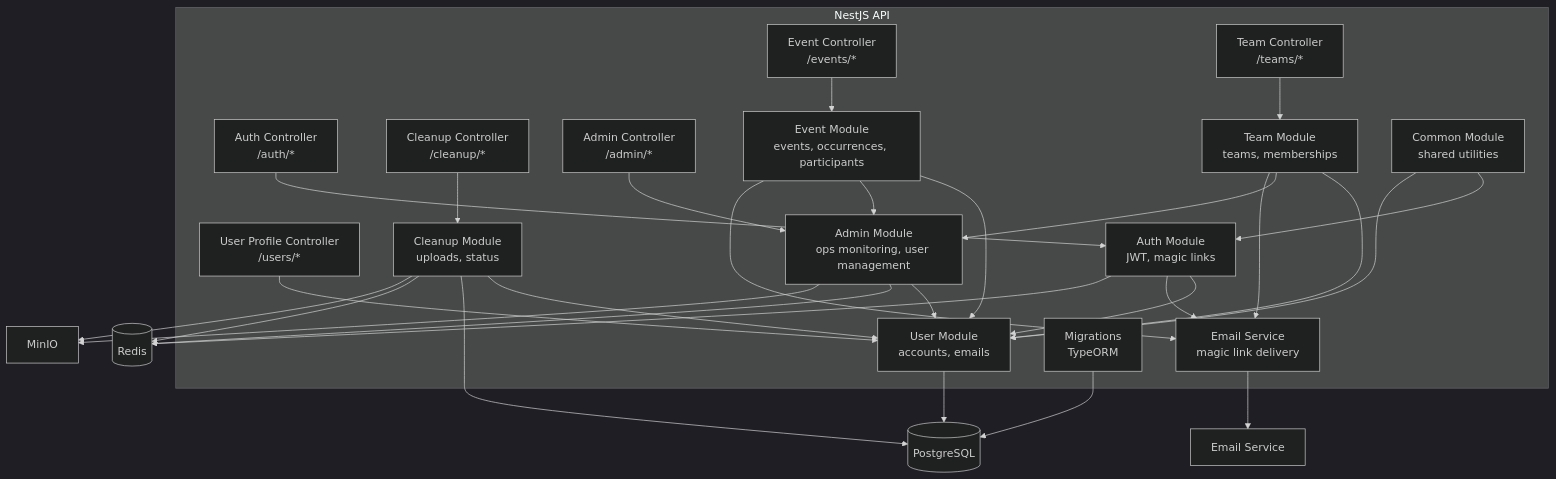
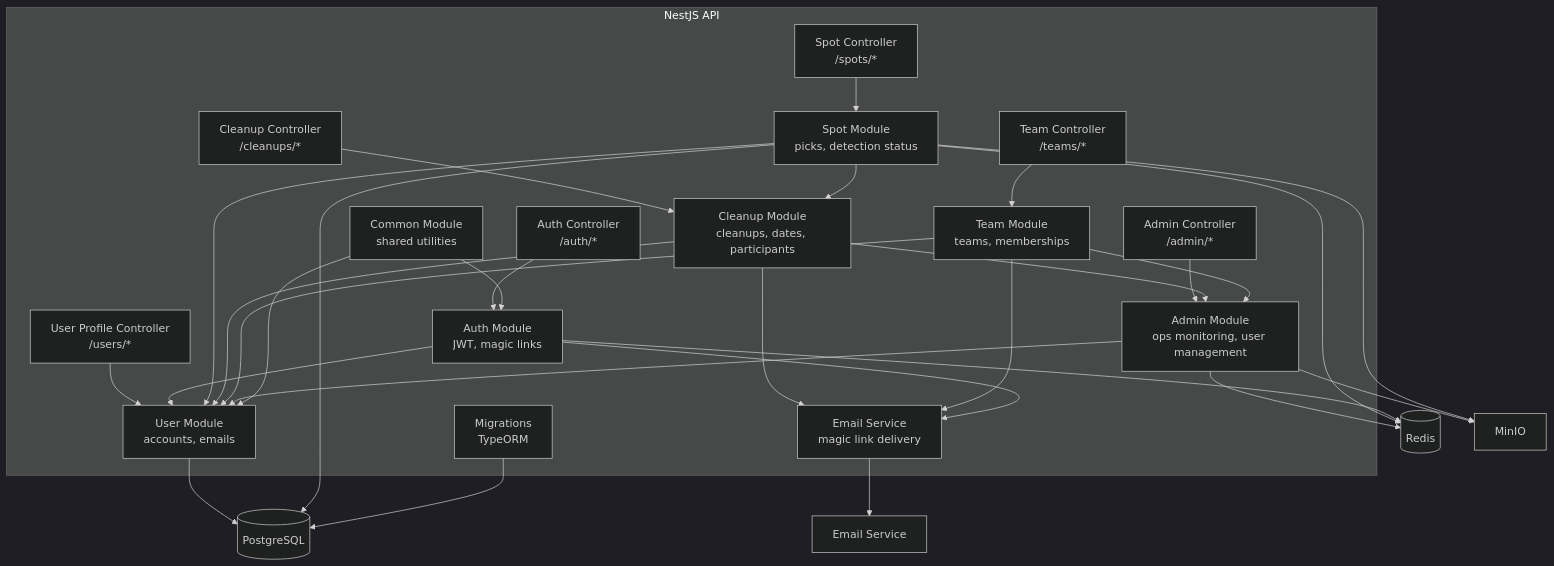
The diagram in docs/architecture/component.md (cleancentive/cleancentive), drawn with Mermaid (dark theme) before and after one commit. The commit also changed other lines of this file and 36 other files, not shown here.

````diff
--- a/docs/architecture/component.md
+++ b/docs/architecture/component.md
@@ -5,53 +5,54 @@
 ```mermaid
 graph TD
     subgraph API["NestJS API"]
         AuthCtrl["Auth Controller<br/>/auth/*"]
         UserCtrl["User Profile Controller<br/>/users/*"]
-        CleanupCtrl["Cleanup Controller<br/>/cleanup/*"]
-        EventCtrl["Event Controller<br/>/events/*"]
+        SpotCtrl["Spot Controller<br/>/spots/*"]
+        CleanupCtrl["Cleanup Controller<br/>/cleanups/*"]
         TeamCtrl["Team Controller<br/>/teams/*"]
         AdminCtrl["Admin Controller<br/>/admin/*"]
         AuthModule["Auth Module<br/>JWT, magic links"]
         UserModule["User Module<br/>accounts, emails"]
-        CleanupModule["Cleanup Module<br/>uploads, status"]
-        EventModule["Event Module<br/>events, occurrences, participants"]
+        SpotModule["Spot Module<br/>picks, detection status"]
+        CleanupModule["Cleanup Module<br/>cleanups, dates, participants"]
         TeamModule["Team Module<br/>teams, memberships"]
         AdminModule["Admin Module<br/>ops monitoring, user management"]
         EmailService["Email Service<br/>magic link delivery"]
         CommonModule["Common Module<br/>shared utilities"]
         Migrations["Migrations<br/>TypeORM"]
     end
 
     DB[("PostgreSQL")]
     Redis[("Redis")]
     MinIO["MinIO"]
     EmailProvider["Email Service"]
 
     AuthCtrl --> AuthModule
     UserCtrl --> UserModule
+    SpotCtrl --> SpotModule
     CleanupCtrl --> CleanupModule
-    EventCtrl --> EventModule
     TeamCtrl --> TeamModule
     AdminCtrl --> AdminModule
     AuthModule --> UserModule
+    SpotModule --> UserModule
+    SpotModule --> CleanupModule
     CleanupModule --> UserModule
-    EventModule --> UserModule
-    EventModule --> AdminModule
-    EventModule --> EmailService
+    CleanupModule --> AdminModule
+    CleanupModule --> EmailService
     TeamModule --> UserModule
     TeamModule --> AdminModule
     TeamModule --> EmailService
     AdminModule --> UserModule
     AdminModule --> Redis
     AdminModule --> MinIO
     AuthModule --> EmailService
     UserModule --> DB
-    CleanupModule --> DB
-    CleanupModule --> Redis
+    SpotModule --> DB
+    SpotModule --> Redis
+    SpotModule --> MinIO
     AuthModule --> Redis
-    CleanupModule --> MinIO
     EmailService --> EmailProvider
     Migrations --> DB
     CommonModule --> AuthModule
     CommonModule --> UserModule
 ```
````
